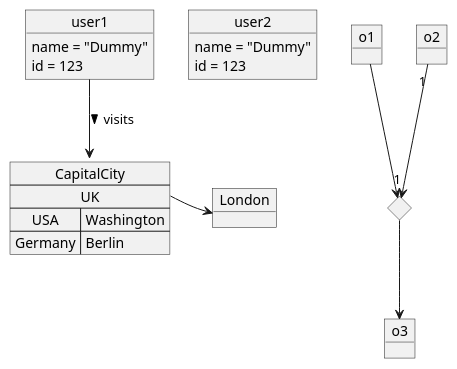
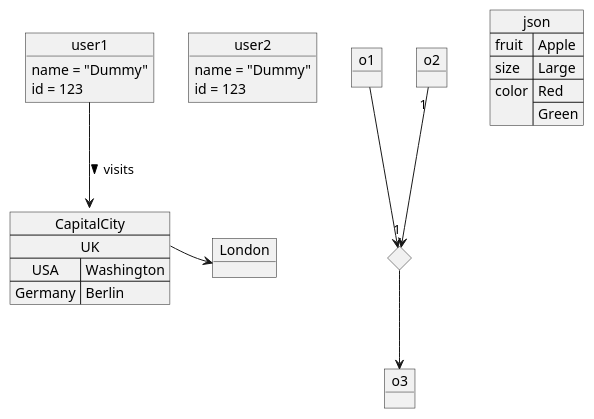
One commit to The-Lum/puml-themes-gallery changed the diagram in input/Object.puml. Above: the diagram before and after it, drawn with PlantUML.

Commit message:
upd: Add `json` object
Add `json` object

Ref.:
- https://forum.plantuml.net/15481/possible-link-elements-from-two-jsons-with-both-jsons-embeded?show=15567#c15567

```diff
--- a/input/Object.puml
+++ b/input/Object.puml
@@ -1,30 +1,36 @@
 @startuml
 
 object user1
 user1 : name = "Dummy"
 user1 : id = 123
 
 object user2 {
   name = "Dummy"
   id = 123
 }
 
 object o1
 object o2
 diamond dia
 object o3
 
 o1  --> dia
 o2  "1" --> "1" dia
 dia --> o3
 
 object London
 
 map CapitalCity {
  UK *-> London
  USA => Washington
  Germany => Berlin
 }
 
 user1 --> CapitalCity : visits >
+
+json json {
+   "fruit":"Apple",
+   "size": "Large",
+   "color": ["Red", "Green"]
+}
 @enduml
```
